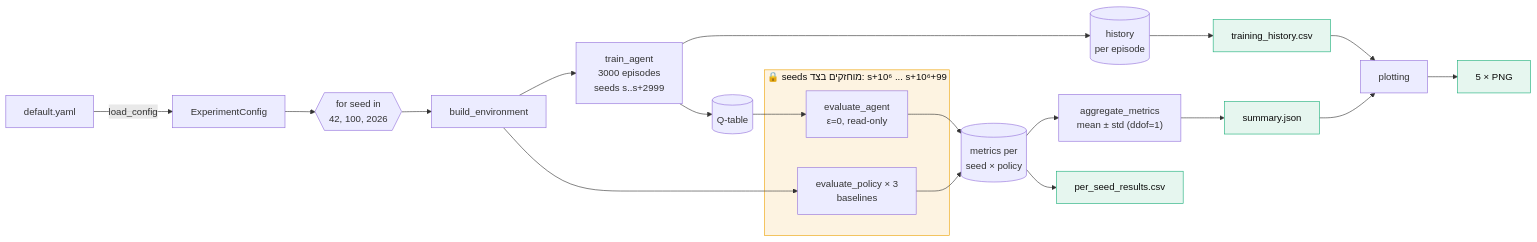
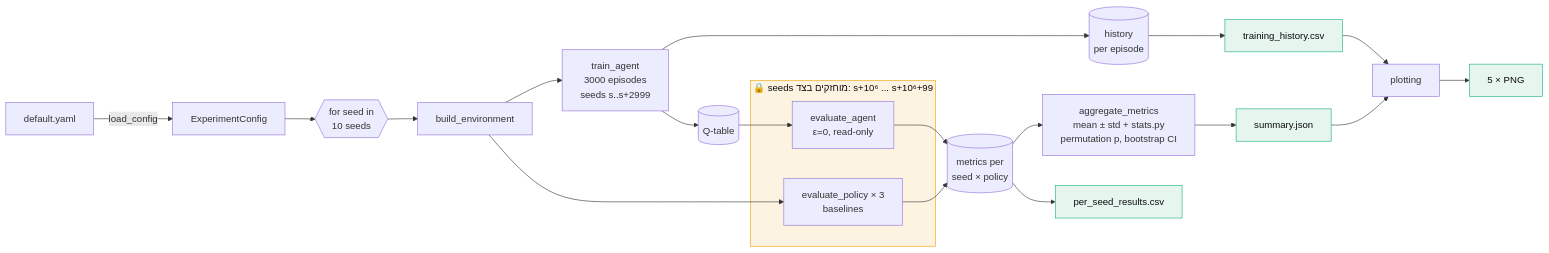
Before and after one commit to SaharHalili95/meshmind-ai: the seventh of 8 diagrams in docs/learning/02_architecture.md, drawn with Mermaid. The commit also changed other lines of this file and 20 other files, not shown here.

````diff
--- a/docs/learning/02_architecture.md
+++ b/docs/learning/02_architecture.md
@@ -332,34 +334,34 @@
 ```mermaid
 flowchart LR
     Y["default.yaml"] -->|load_config| C["ExperimentConfig"]
-    C --> L{{"for seed in<br/>42, 100, 2026"}}
+    C --> L{{"for seed in<br/>10 seeds"}}
 
     L --> B["build_environment"]
     B --> TR["train_agent<br/>3000 episodes<br/>seeds s..s+2999"]
     TR --> H[("history<br/>per episode")]
     TR --> Q[("Q-table")]
 
     Q --> EA["evaluate_agent<br/>ε=0, read-only"]
     B --> EB["evaluate_policy × 3<br/>baselines"]
     EA --> R[("metrics per<br/>seed × policy")]
     EB --> R
 
     subgraph HELD["🔒 seeds מוחזקים בצד: s+10⁶ ... s+10⁶+99"]
         EA
         EB
     end
 
-    R --> AGG["aggregate_metrics<br/>mean ± std (ddof=1)"]
+    R --> AGG["aggregate_metrics<br/>mean ± std + stats.py<br/>permutation p, bootstrap CI"]
     AGG --> S["summary.json"]
     R --> PS["per_seed_results.csv"]
     H --> TH["training_history.csv"]
     S --> PL["plotting"]
     TH --> PL
     PL --> F["5 × PNG"]
 
     style HELD fill:#fdf3e1,stroke:#eda100,color:#0b0b0b
     style S fill:#e6f6ef,stroke:#1baf7a,color:#0b0b0b
     style PS fill:#e6f6ef,stroke:#1baf7a,color:#0b0b0b
     style TH fill:#e6f6ef,stroke:#1baf7a,color:#0b0b0b
     style F fill:#e6f6ef,stroke:#1baf7a,color:#0b0b0b
 ```
````
